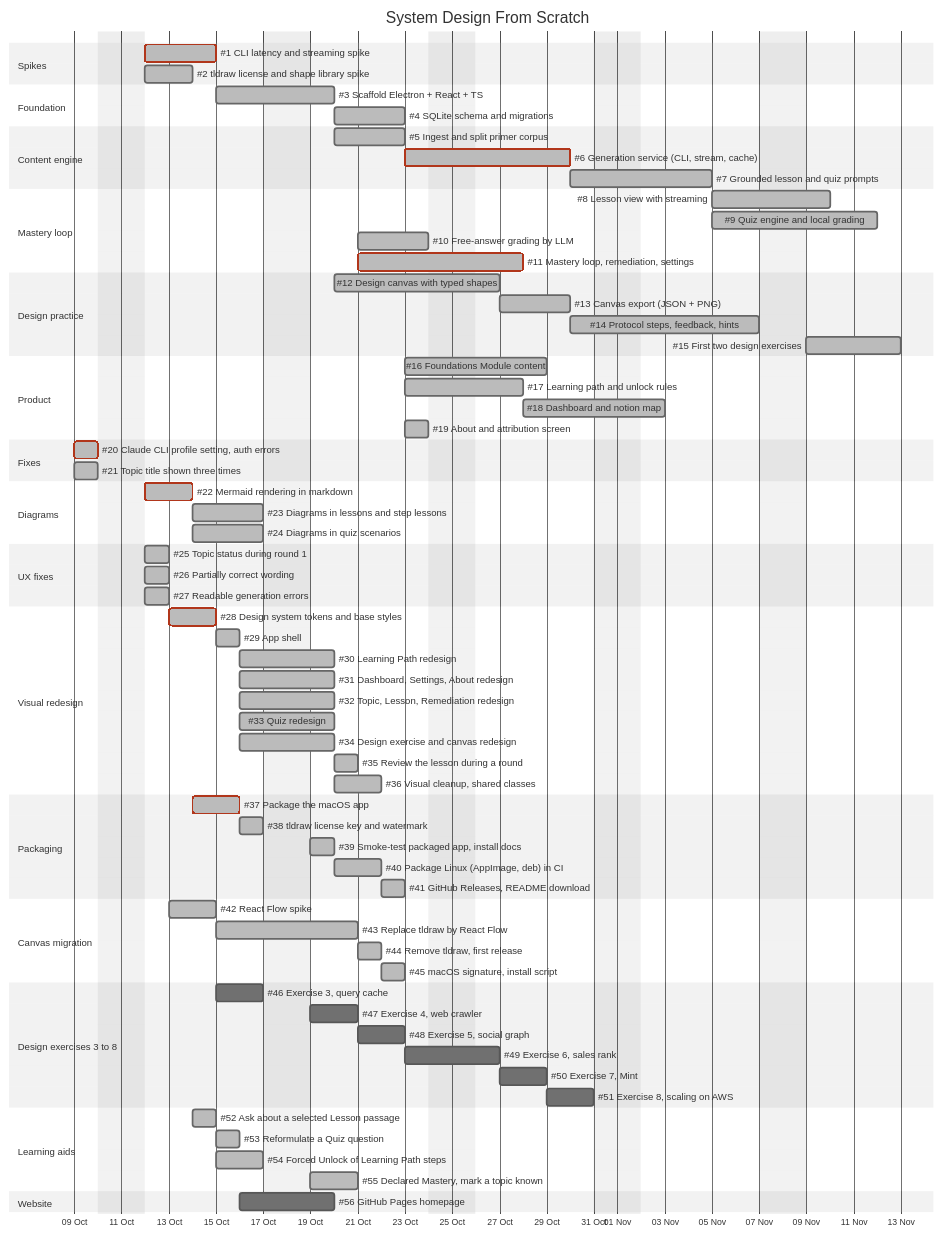
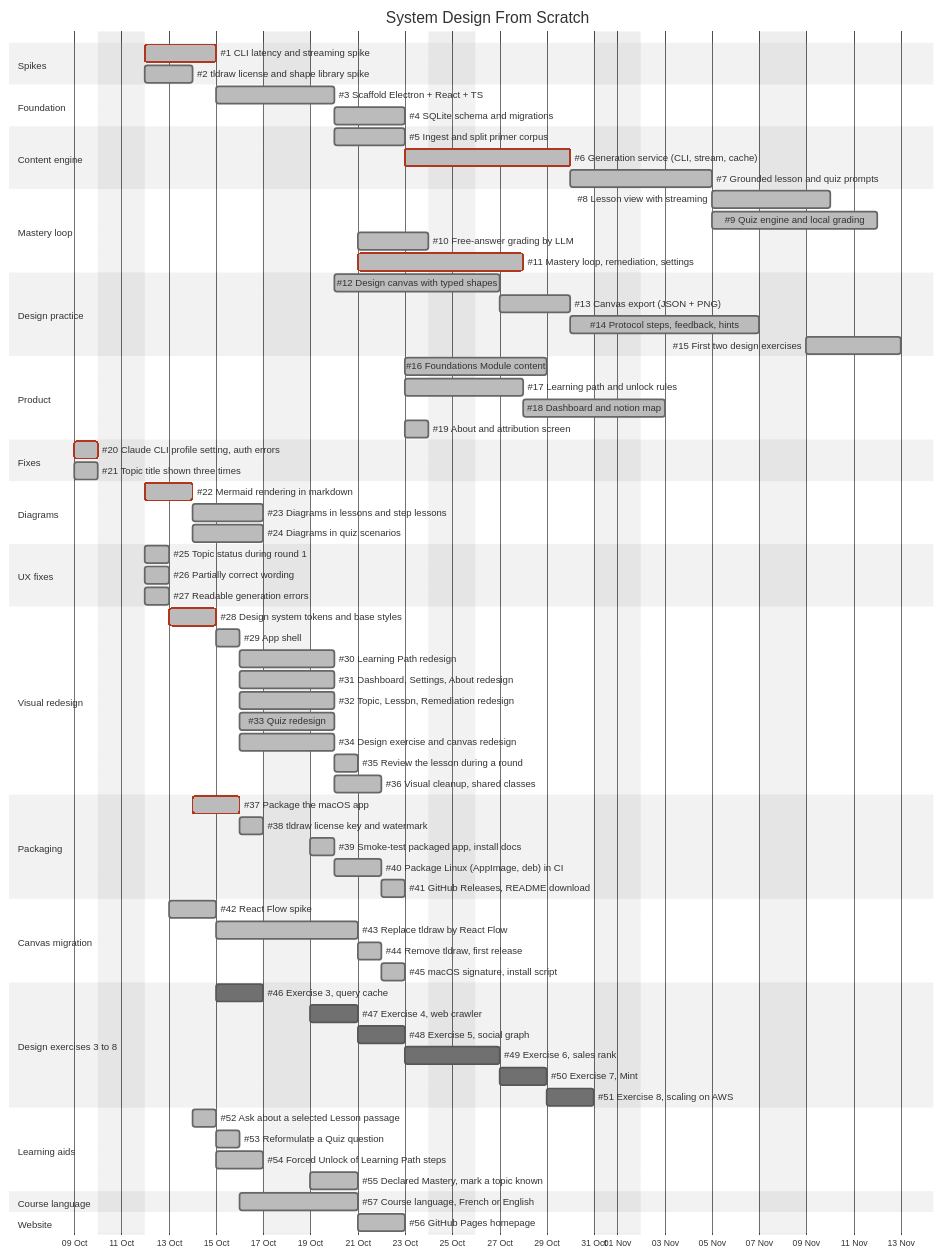
The diagram in docs/ROADMAP.md (jbclaramonte/system-design-from-scratch), drawn with Mermaid (neutral theme) before and after one commit. The commit also changed other lines of this file and 119 other files, not shown here.

First line of the commit message:
feat: course language setting (French or English) and a GitHub Pages homepage

````diff
--- a/docs/ROADMAP.md
+++ b/docs/ROADMAP.md
@@ -100,6 +100,9 @@
     #54 Forced Unlock of Learning Path steps  :done, a3, 2026-10-15, 2d
     #55 Declared Mastery, mark a topic known  :done, a4, after a3, 2d
 
+    section Course language
+    #57 Course language, French or English    :done, l1, 2026-10-16, 3d
+
     section Website
-    #56 GitHub Pages homepage                 :w1, 2026-10-16, 2d
+    #56 GitHub Pages homepage                 :done, w1, after l1, 2d
 ```
````
